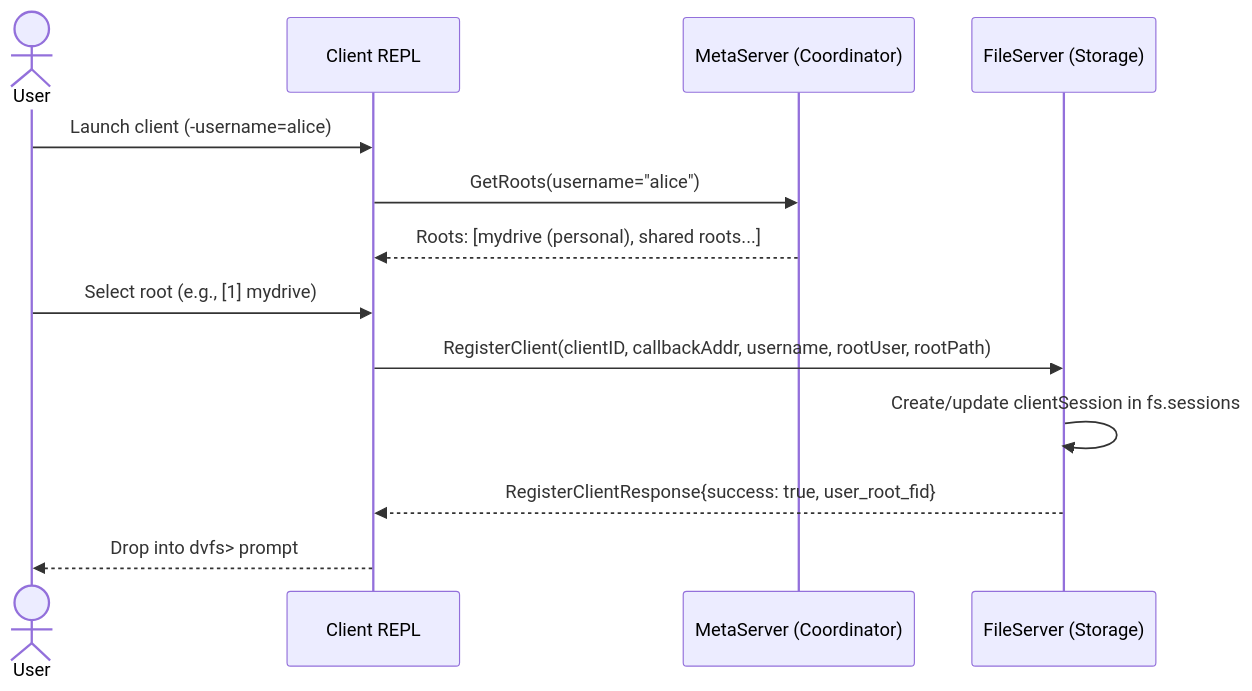
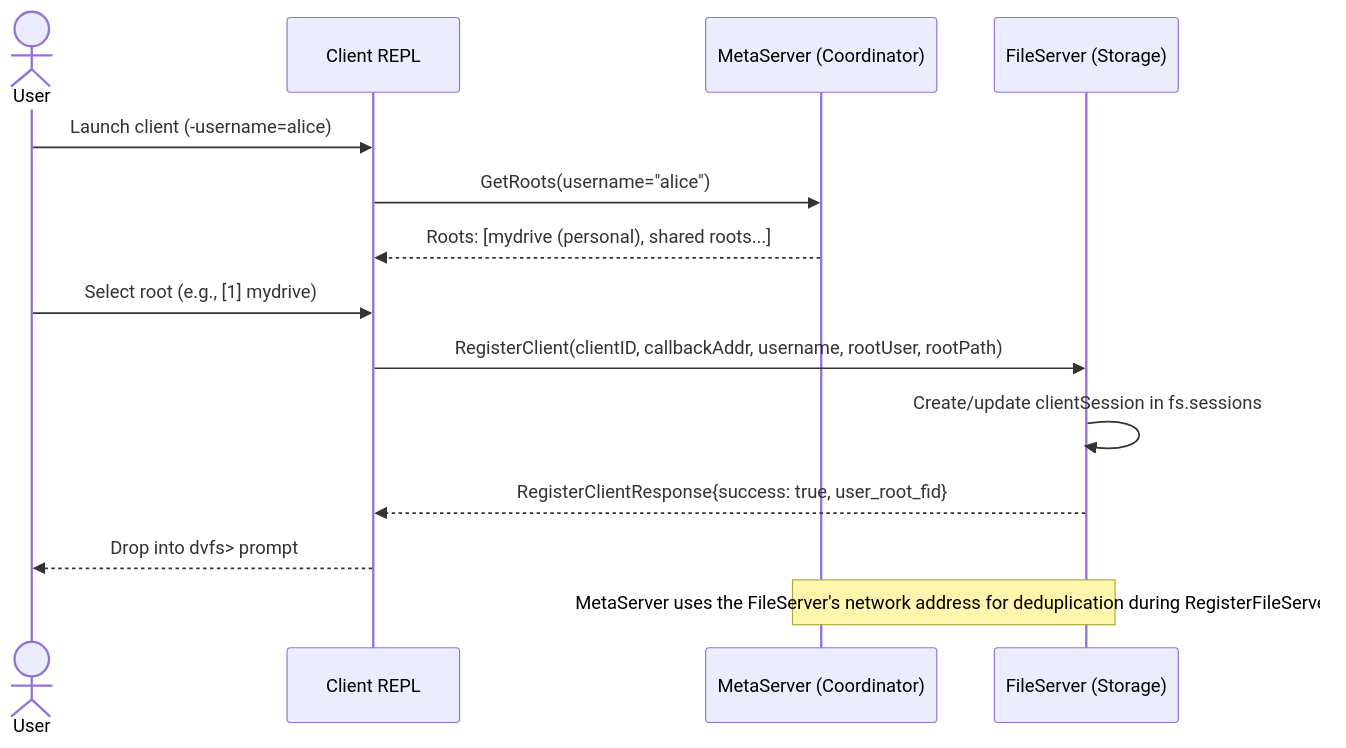
One commit to DVFS-IIT-Gandhinagar/Distributed-Virtual-File-System changed the second of 7 diagrams in docs/architecture.md. Above: the diagram before and after it, drawn with Mermaid. The commit also changed other lines of this file and 41 other files, not shown here.

````diff
--- a/docs/architecture.md
+++ b/docs/architecture.md
@@ -151,16 +155,17 @@
 ```mermaid
 sequenceDiagram
     actor User
     participant CL as Client REPL
     participant MS as MetaServer (Coordinator)
     participant FS as FileServer (Storage)
 
     User->>CL: Launch client (-username=alice)
     CL->>MS: GetRoots(username="alice")
     MS-->>CL: Roots: [mydrive (personal), shared roots...]
     User->>CL: Select root (e.g., [1] mydrive)
     CL->>FS: RegisterClient(clientID, callbackAddr, username, rootUser, rootPath)
     FS->>FS: Create/update clientSession in fs.sessions
     FS-->>CL: RegisterClientResponse{success: true, user_root_fid}
     CL-->>User: Drop into dvfs> prompt
+    Note over FS,MS: MetaServer uses the FileServer's network address for deduplication during RegisterFileServer
 ```
````
